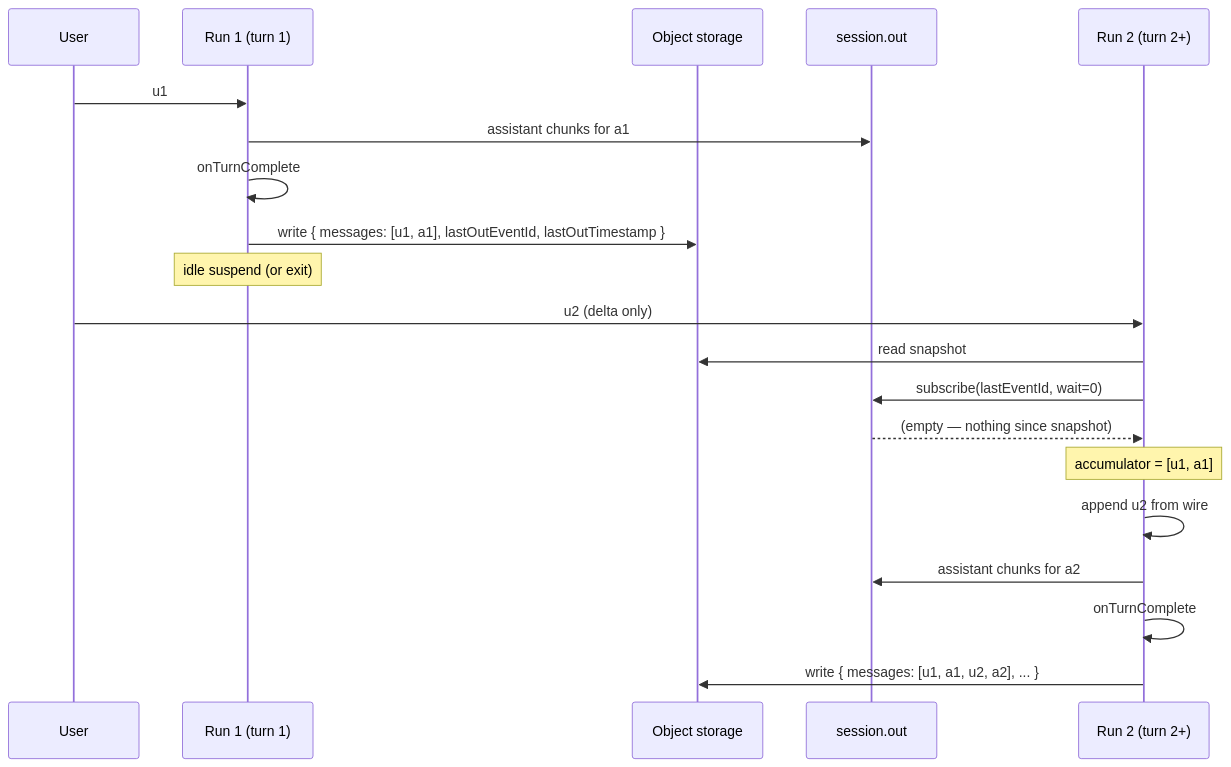
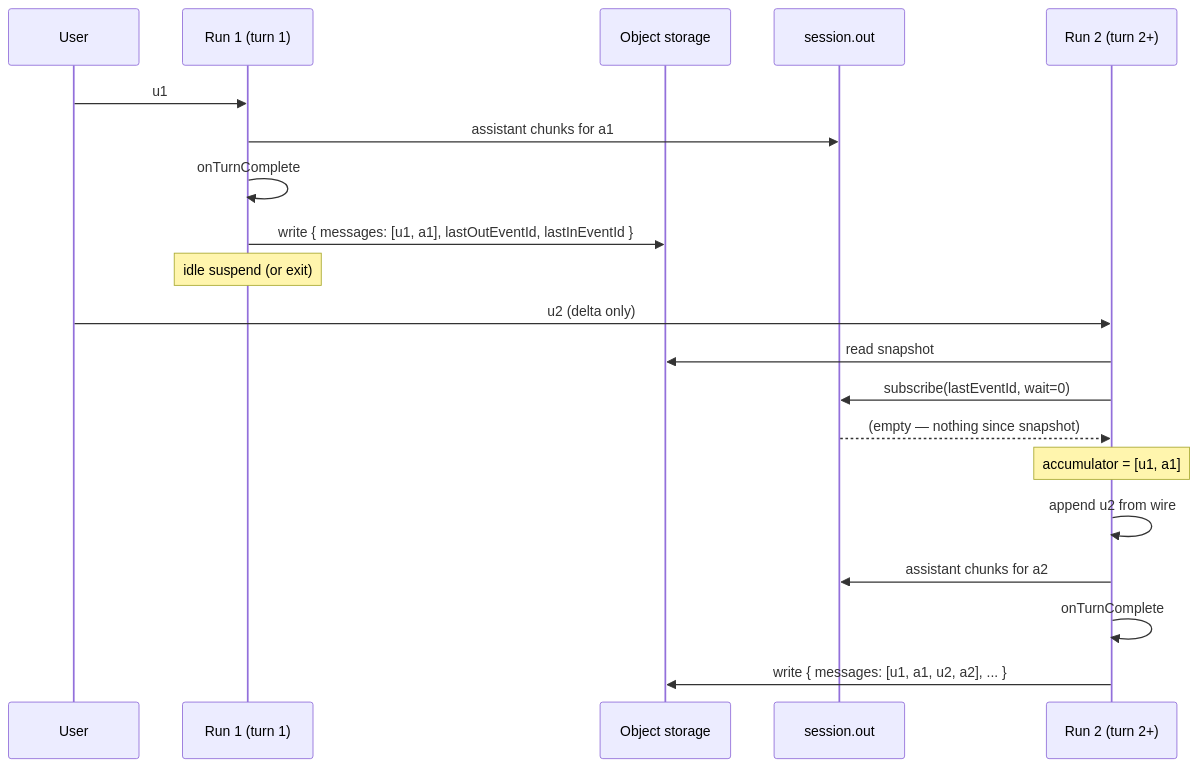
The diagram in docs/ai-chat/patterns/persistence-and-replay.mdx (triggerdotdev/trigger.dev), drawn with Mermaid before and after one commit. The commit also changed other lines of this file and 50 other files, not shown here.

````diff
--- a/docs/ai-chat/patterns/persistence-and-replay.mdx
+++ b/docs/ai-chat/patterns/persistence-and-replay.mdx
@@ -24,24 +24,24 @@
 ```mermaid
 sequenceDiagram
   participant User
   participant Run1 as Run 1 (turn 1)
   participant Snapshot as Object storage
   participant SessionOut as session.out
   participant Run2 as Run 2 (turn 2+)
 
   User->>Run1: u1
   Run1->>SessionOut: assistant chunks for a1
   Run1->>Run1: onTurnComplete
-  Run1->>Snapshot: write { messages: [u1, a1], lastOutEventId, lastOutTimestamp }
+  Run1->>Snapshot: write { messages: [u1, a1], lastOutEventId, lastInEventId }
   Note over Run1: idle suspend (or exit)
 
   User->>Run2: u2 (delta only)
   Run2->>Snapshot: read snapshot
   Run2->>SessionOut: subscribe(lastEventId, wait=0)
   SessionOut-->>Run2: (empty — nothing since snapshot)
   Note over Run2: accumulator = [u1, a1]
   Run2->>Run2: append u2 from wire
   Run2->>SessionOut: assistant chunks for a2
   Run2->>Run2: onTurnComplete
   Run2->>Snapshot: write { messages: [u1, a1, u2, a2], ... }
 ```
````
